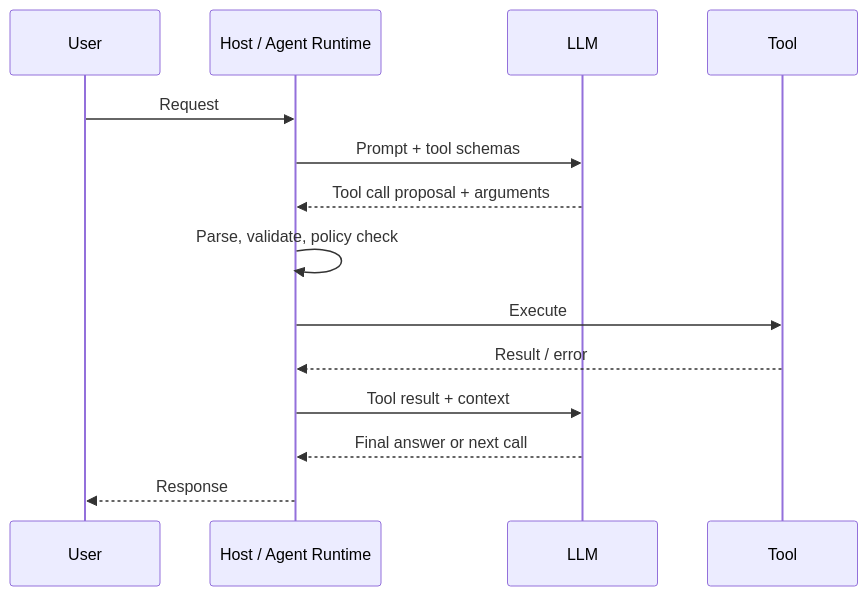
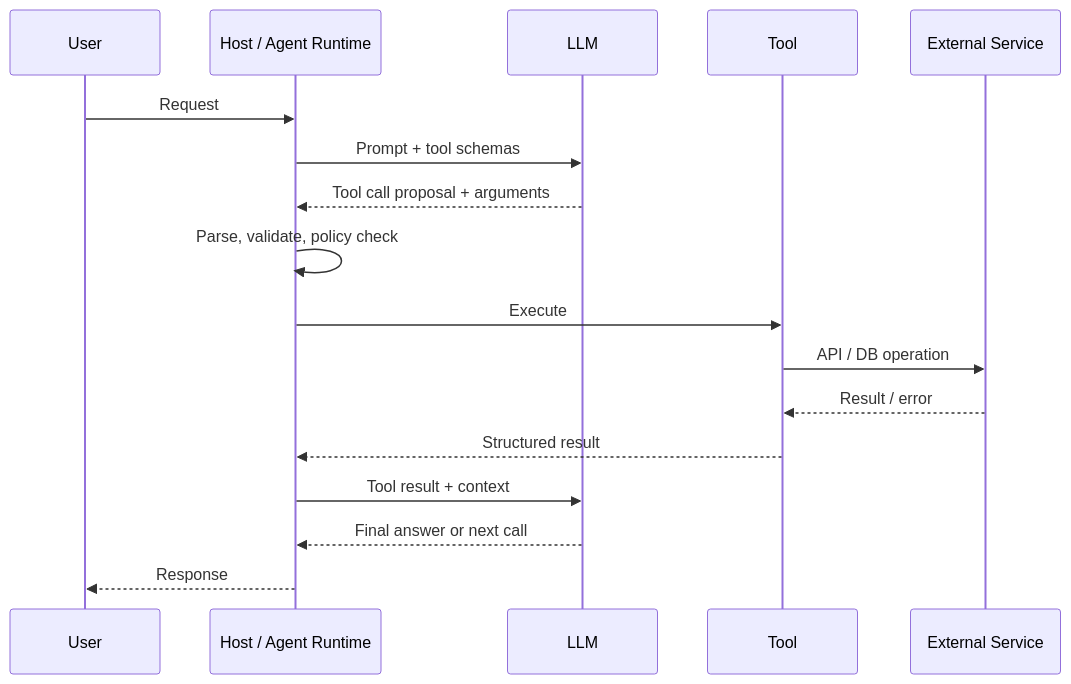
One commit to shomi-khan/preparation changed the first of 3 diagrams in notes/module-02-from-one-agent-to-a-system/01-tool-calling.md. Above: the diagram before and after it, drawn with Mermaid. The commit also changed other lines of this file, not shown here.

````diff
--- a/notes/module-02-from-one-agent-to-a-system/01-tool-calling.md
+++ b/notes/module-02-from-one-agent-to-a-system/01-tool-calling.md
@@ -23,16 +40,19 @@
 ```mermaid
 sequenceDiagram
     participant U as User
     participant H as Host / Agent Runtime
     participant L as LLM
     participant T as Tool
+    participant S as External Service
     U->>H: Request
     H->>L: Prompt + tool schemas
     L-->>H: Tool call proposal + arguments
     H->>H: Parse, validate, policy check
     H->>T: Execute
-    T-->>H: Result / error
+    T->>S: API / DB operation
+    S-->>T: Result / error
+    T-->>H: Structured result
     H->>L: Tool result + context
     L-->>H: Final answer or next call
     H-->>U: Response
 ```
````
